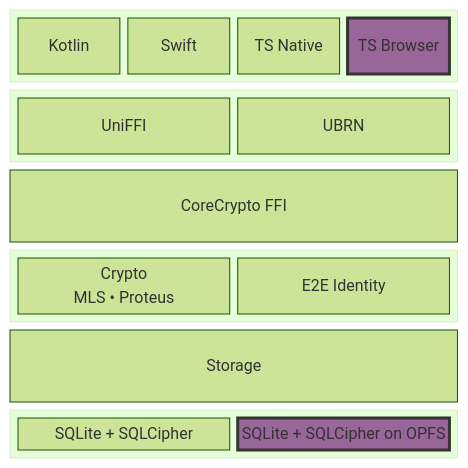
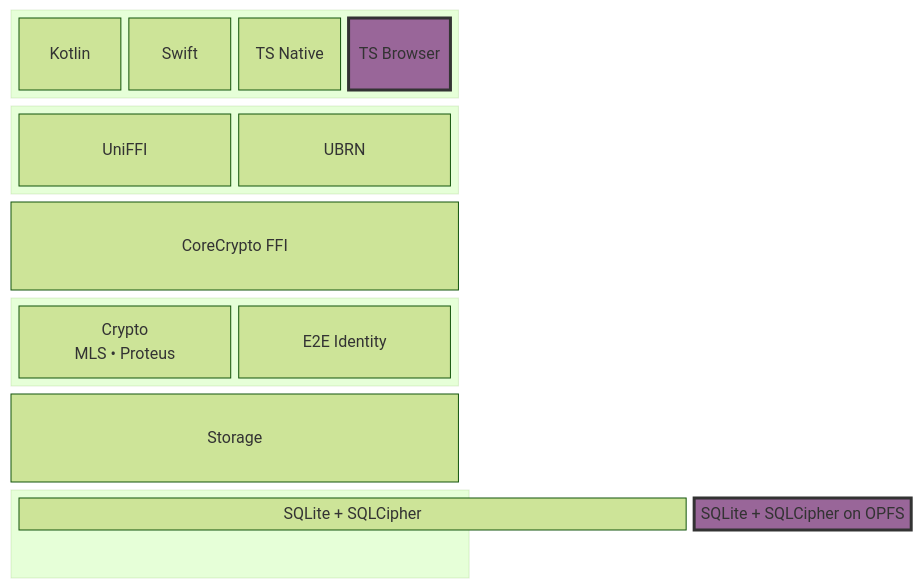
One commit to wireapp/core-crypto changed the first of 2 diagrams in cc-book/src/development/ARCHITECTURE.md. Above: the diagram before and after it, drawn with Mermaid (forest theme).

Commit message:
docs(book): ts native doesn't use opfs
It's just the browser

````diff
--- a/cc-book/src/development/ARCHITECTURE.md
+++ b/cc-book/src/development/ARCHITECTURE.md
@@ -3,34 +3,35 @@
 ```mermaid
 block-beta
 
 columns 1
 
 block:system
     Kotlin
     Swift
     TSN["TS Native"]
     TSB["TS Browser"]
 end
 
 block:uniffi
     UniFFI
     UBRN
 end
 
 RUSTFFI["CoreCrypto FFI"]
 
 block:crypto
     CRYPTO["Crypto<br/>MLS • Proteus"]
     E2EI["E2E Identity"]
 end
 
 STORAGE["Storage"]
 block:database
-    Native["SQLite + SQLCipher"]
+    columns 4
+    Native["SQLite + SQLCipher"]:3
     Browser["SQLite + SQLCipher on OPFS"]
 end
 
 classDef highlighted fill:#969,stroke:#333,stroke-width:3px;
 class TSB highlighted
 class Browser highlighted
 ```
````
